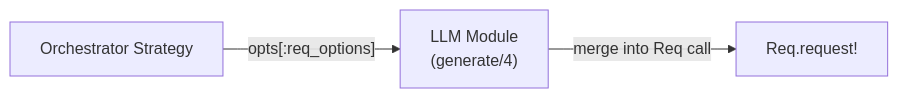
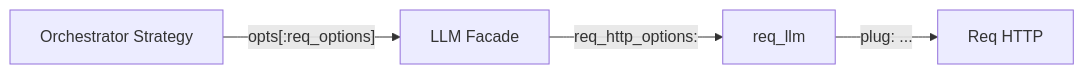
One commit to lostbean/jido_composer changed the fourth of 4 diagrams in docs/design/orchestrator/llm-behaviour.md. Above: the diagram before and after it, drawn with Mermaid. The commit also changed other lines of this file and 39 other files, not shown here.

First line of the commit message:
feat: migrate LLM integration from custom behaviour to req_llm

````diff
--- a/docs/design/orchestrator/llm-behaviour.md
+++ b/docs/design/orchestrator/llm-behaviour.md
@@ -168,9 +208,11 @@
 ```mermaid
 flowchart LR
     Strategy["Orchestrator Strategy"]
-    LLM["LLM Module<br/>(generate/4)"]
-    Req["Req.request!"]
+    Facade["LLM Facade"]
+    ReqLLM["req_llm"]
+    Req["Req HTTP"]
 
-    Strategy -->|"opts[:req_options]"| LLM
-    LLM -->|"merge into Req call"| Req
+    Strategy -->|"opts[:req_options]"| Facade
+    Facade -->|"req_http_options:"| ReqLLM
+    ReqLLM -->|"plug: ..."| Req
 ```
````
